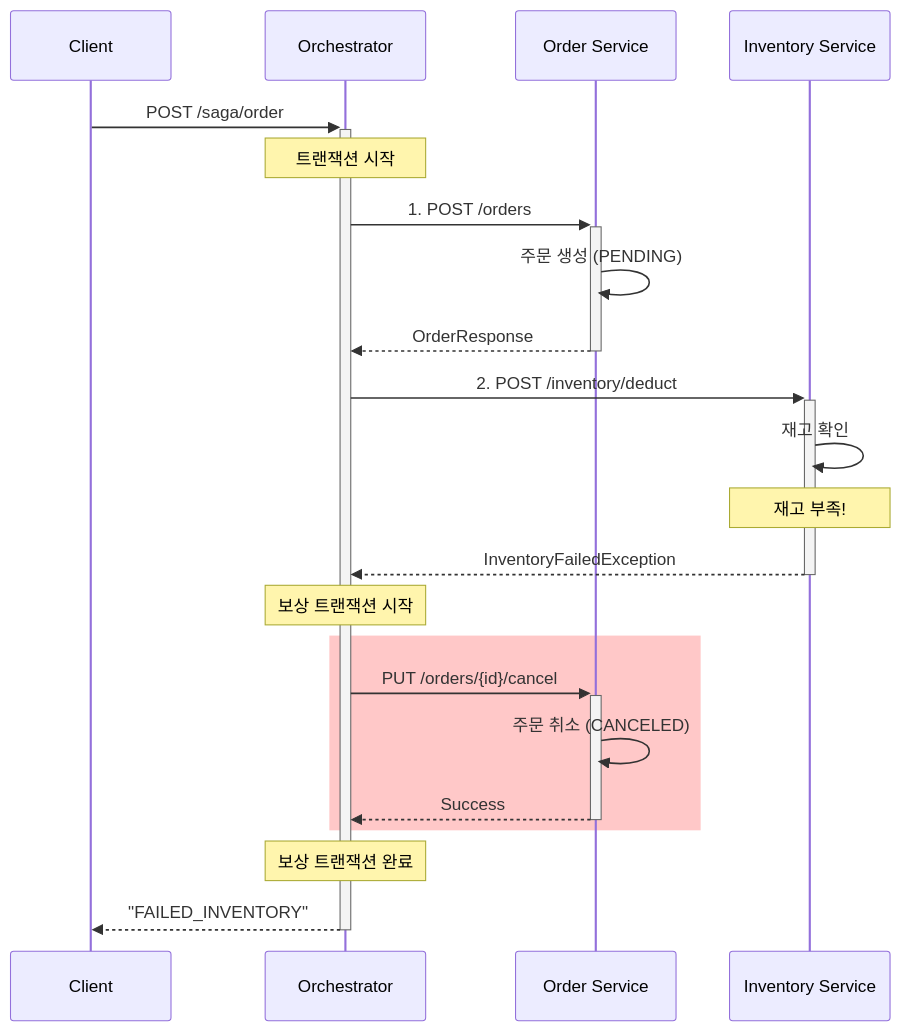
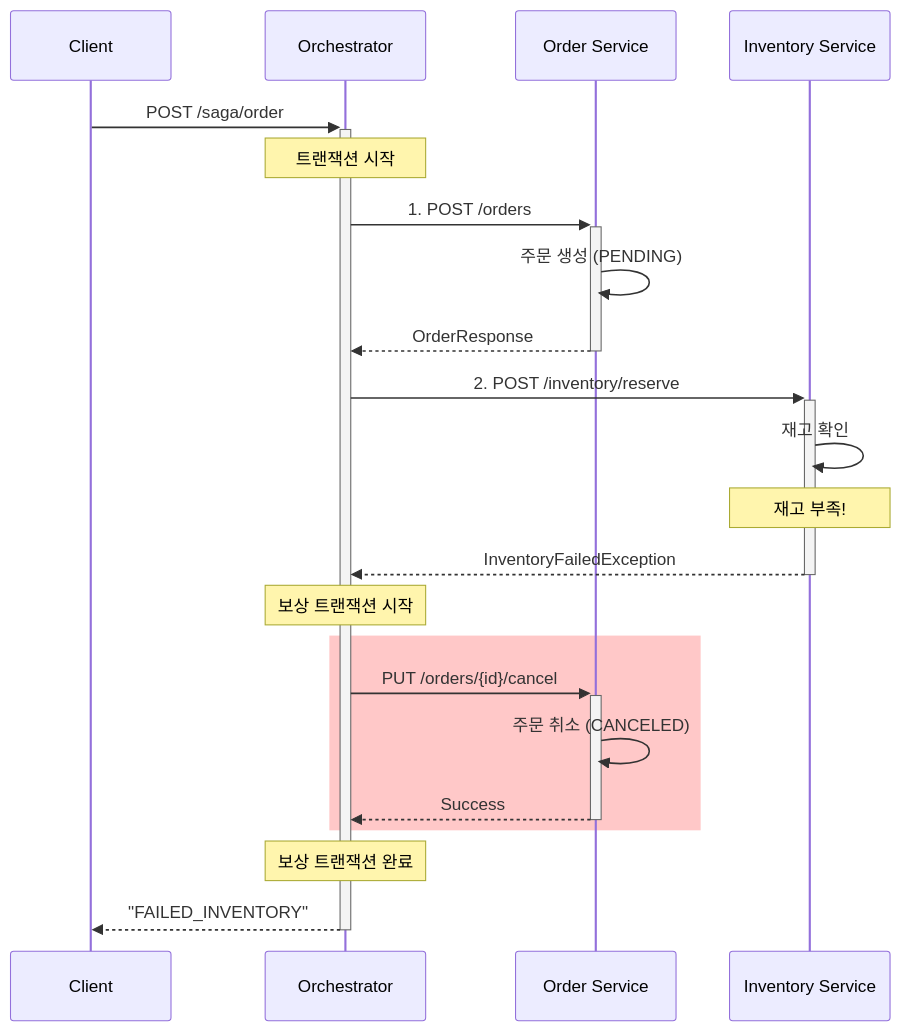
One commit to kimjunyoung90/saga-examples changed the second of 4 diagrams in orchestration/README.md. Above: the diagram before and after it, drawn with Mermaid. The commit also changed other lines of this file and 13 other files, not shown here.

````diff
--- a/orchestration/README.md
+++ b/orchestration/README.md
@@ -138,29 +176,29 @@
 ```mermaid
 sequenceDiagram
     participant C as Client
     participant O as Orchestrator
     participant Order as Order Service
     participant Inv as Inventory Service
 
     C->>+O: POST /saga/order
     Note over O: 트랜잭션 시작
 
     O->>+Order: 1. POST /orders
     Order->>Order: 주문 생성 (PENDING)
     Order-->>-O: OrderResponse
 
-    O->>+Inv: 2. POST /inventory/deduct
+    O->>+Inv: 2. POST /inventory/reserve
     Inv->>Inv: 재고 확인
     Note over Inv: 재고 부족!
     Inv-->>-O: InventoryFailedException
 
     Note over O: 보상 트랜잭션 시작
     rect rgb(255, 200, 200)
         O->>+Order: PUT /orders/{id}/cancel
         Order->>Order: 주문 취소 (CANCELED)
         Order-->>-O: Success
     end
 
     Note over O: 보상 트랜잭션 완료
     O-->>-C: "FAILED_INVENTORY"
 ```
````
